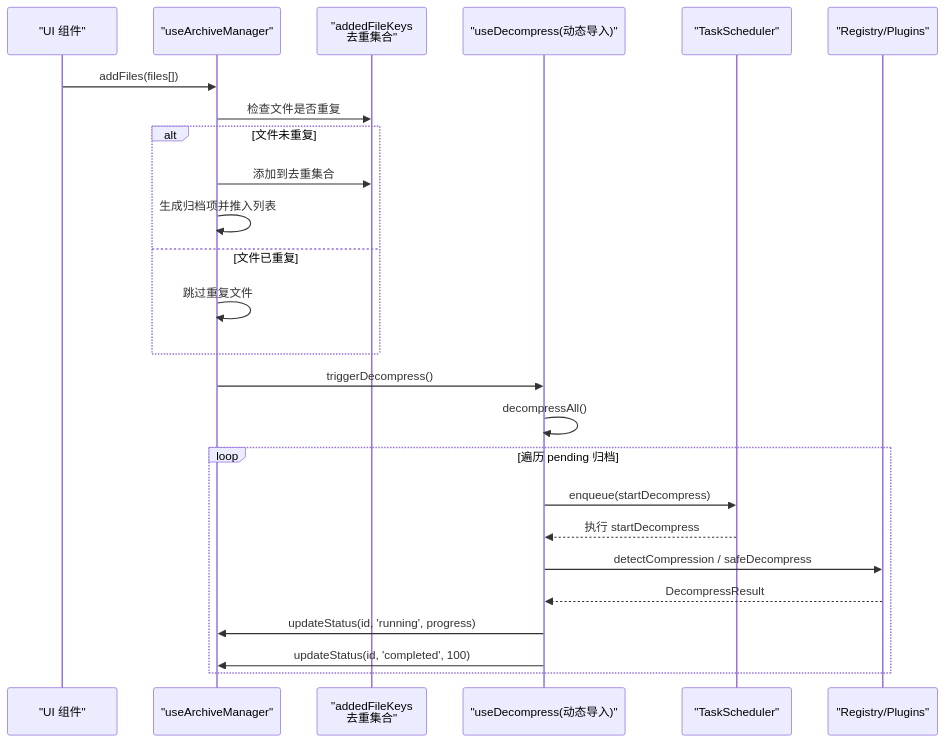
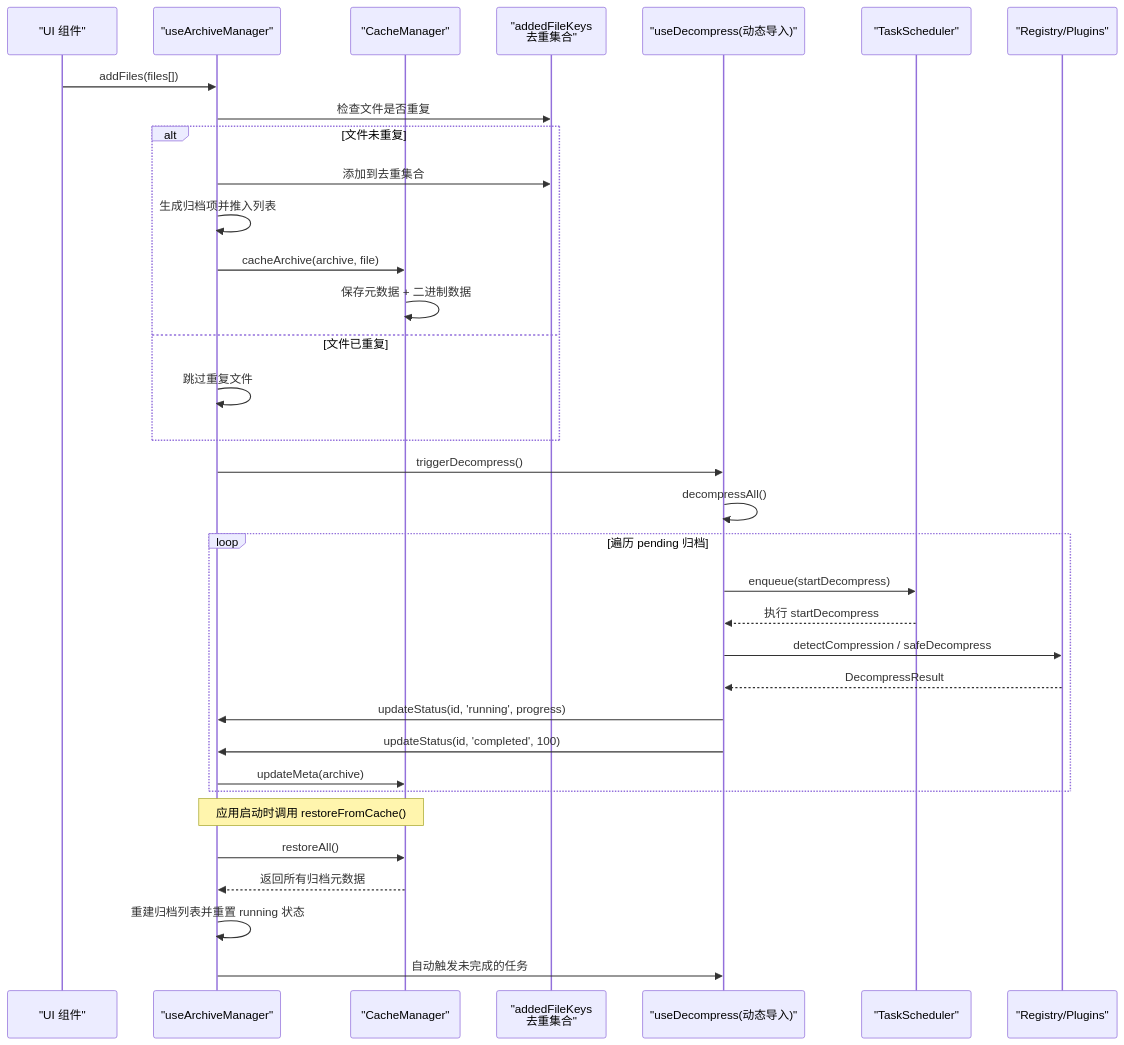
Before and after one commit to taoweidong/Hello-Tauri: the second of 4 diagrams in .qoder/repowiki/zh/content/架构设计/数据流模式/组合式函数数据逻辑/归档管理组合函数.md, drawn with Mermaid. The commit also changed other lines of this file and 119 other files, not shown here.

````diff
--- a/.qoder/repowiki/zh/content/架构设计/数据流模式/组合式函数数据逻辑/归档管理组合函数.md
+++ b/.qoder/repowiki/zh/content/架构设计/数据流模式/组合式函数数据逻辑/归档管理组合函数.md
@@ -86,27 +112,36 @@
 ```mermaid
 sequenceDiagram
 participant UI as "UI 组件"
 participant AM as "useArchiveManager"
+participant CM as "CacheManager"
 participant AFK as "addedFileKeys<br/>去重集合"
 participant DM as "useDecompress(动态导入)"
 participant TS as "TaskScheduler"
 participant RE as "Registry/Plugins"
 UI->>AM : addFiles(files[])
 AM->>AFK : 检查文件是否重复
 alt 文件未重复
 AM->>AFK : 添加到去重集合
 AM->>AM : 生成归档项并推入列表
+AM->>CM : cacheArchive(archive, file)
+CM->>CM : 保存元数据 + 二进制数据
 else 文件已重复
 AM->>AM : 跳过重复文件
 end
 AM->>DM : triggerDecompress()
 DM->>DM : decompressAll()
 loop 遍历 pending 归档
 DM->>TS : enqueue(startDecompress)
 TS-->>DM : 执行 startDecompress
 DM->>RE : detectCompression / safeDecompress
 RE-->>DM : DecompressResult
 DM->>AM : updateStatus(id, 'running', progress)
 DM->>AM : updateStatus(id, 'completed', 100)
+AM->>CM : updateMeta(archive)
 end
+Note over AM,CM : 应用启动时调用 restoreFromCache()
+AM->>CM : restoreAll()
+CM-->>AM : 返回所有归档元数据
+AM->>AM : 重建归档列表并重置 running 状态
+AM->>DM : 自动触发未完成的任务
 ```
````
